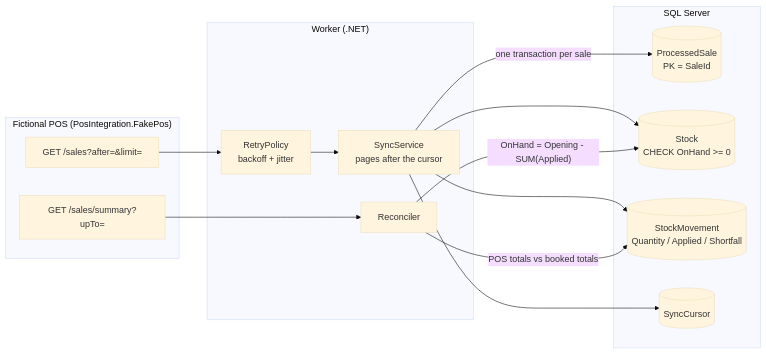
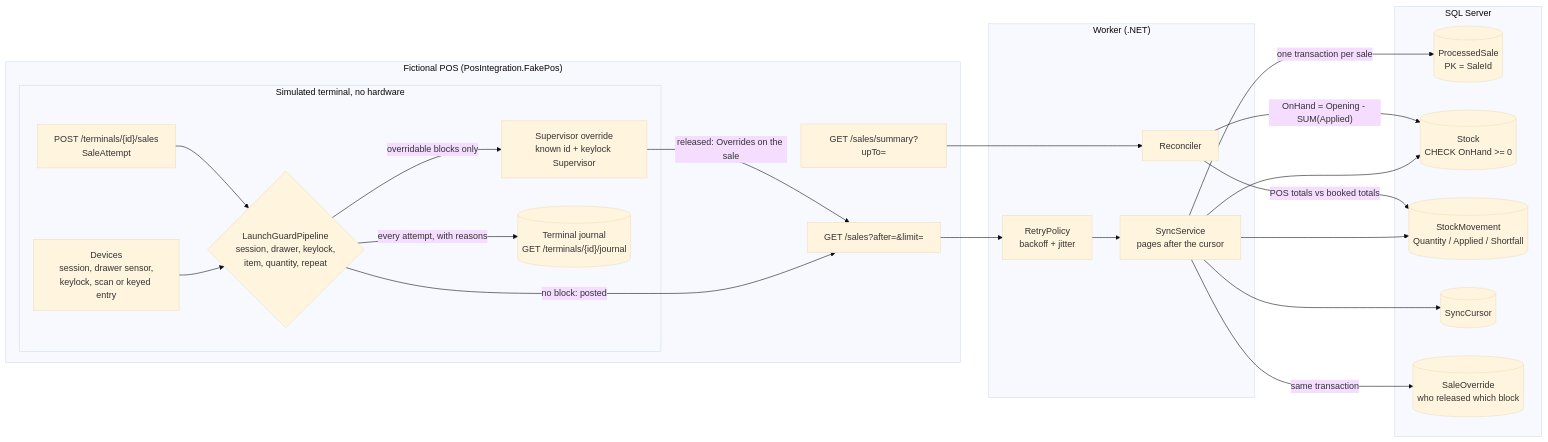
One commit to dc-tech-inc/dotnet-pos-integration changed the diagram in README.md. Above: the diagram before and after it, drawn with Mermaid (base theme). The commit also changed other lines of this file and 1 other file, not shown here.

Commit message:
docs: ADR 6 launch guards, README architecture and interlocks section

````diff
--- a/README.md
+++ b/README.md
@@ -52,26 +55,41 @@
 ```mermaid
 flowchart LR
   subgraph POS["Fictional POS (PosIntegration.FakePos)"]
+    subgraph TERM["Simulated terminal, no hardware"]
+      DEV["Devices<br/>session, drawer sensor,<br/>keylock, scan or keyed entry"]
+      A["POST /terminals/{id}/sales<br/>SaleAttempt"]
+      G{"LaunchGuardPipeline<br/>session, drawer, keylock,<br/>item, quantity, repeat"}
+      OV["Supervisor override<br/>known id + keylock Supervisor"]
+      J[("Terminal journal<br/>GET /terminals/{id}/journal")]
+    end
     S["GET /sales?after=&limit="]
     T["GET /sales/summary?upTo="]
   end
   subgraph W["Worker (.NET)"]
     SY["SyncService<br/>pages after the cursor"]
     R["RetryPolicy<br/>backoff + jitter"]
     RC["Reconciler"]
   end
   subgraph DB["SQL Server"]
     PS[("ProcessedSale<br/>PK = SaleId")]
     ST[("Stock<br/>CHECK OnHand >= 0")]
     SM[("StockMovement<br/>Quantity / Applied / Shortfall")]
     CU[("SyncCursor")]
+    SO[("SaleOverride<br/>who released which block")]
   end
+  DEV --> G
+  A --> G
+  G -->|"every attempt, with reasons"| J
+  G -->|"overridable blocks only"| OV
+  G -->|"no block: posted"| S
+  OV -->|"released: Overrides on the sale"| S
   S --> R --> SY
   SY -->|"one transaction per sale"| PS
   SY --> ST
   SY --> SM
   SY --> CU
+  SY -->|"same transaction"| SO
   T --> RC
   RC -->|"POS totals vs booked totals"| SM
   RC -->|"OnHand = Opening - SUM(Applied)"| ST
 ```
````
